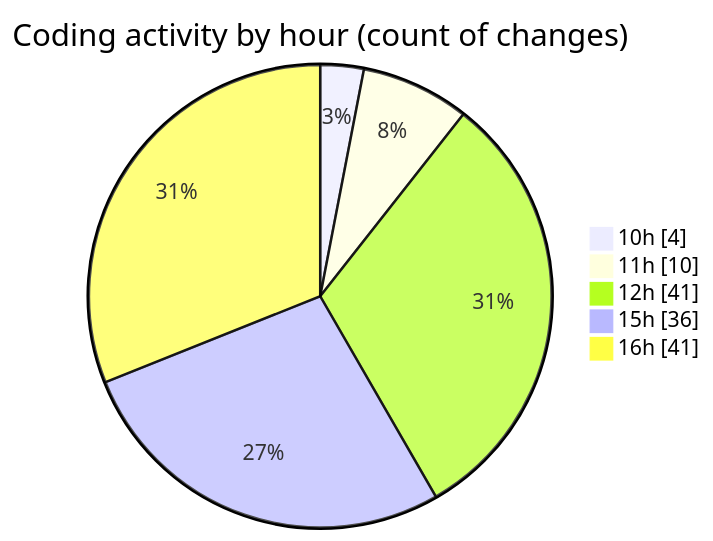
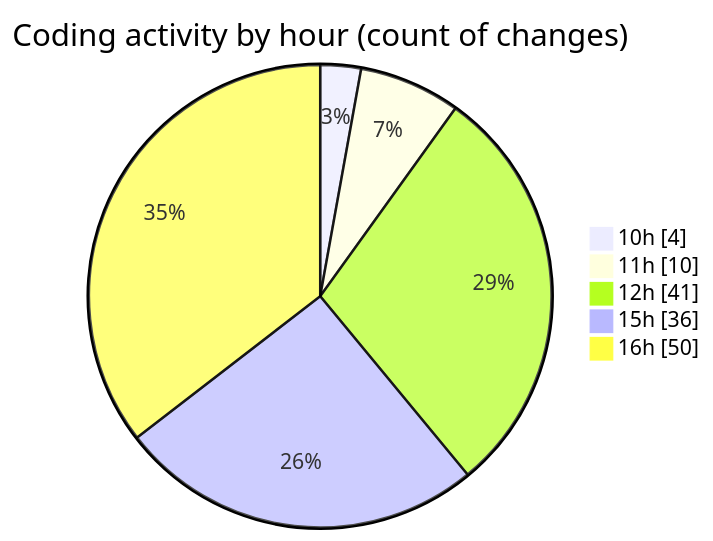
One commit to nxtqubesakshisongat/code-tracking changed the second of 2 diagrams in 2026-03-05/nxtqube_webapp/README.md. Above: the diagram before and after it, drawn with Mermaid. The commit also changed other lines of this file and 1 other file, not shown here.

````diff
--- a/2026-03-05/nxtqube_webapp/README.md
+++ b/2026-03-05/nxtqube_webapp/README.md
@@ -40,9 +40,9 @@
 ```mermaid
 pie showData
 title Coding activity by hour (count of changes)
 "10h" : 4
 "11h" : 10
 "12h" : 41
 "15h" : 36
-"16h" : 41
+"16h" : 50
 ```
````
